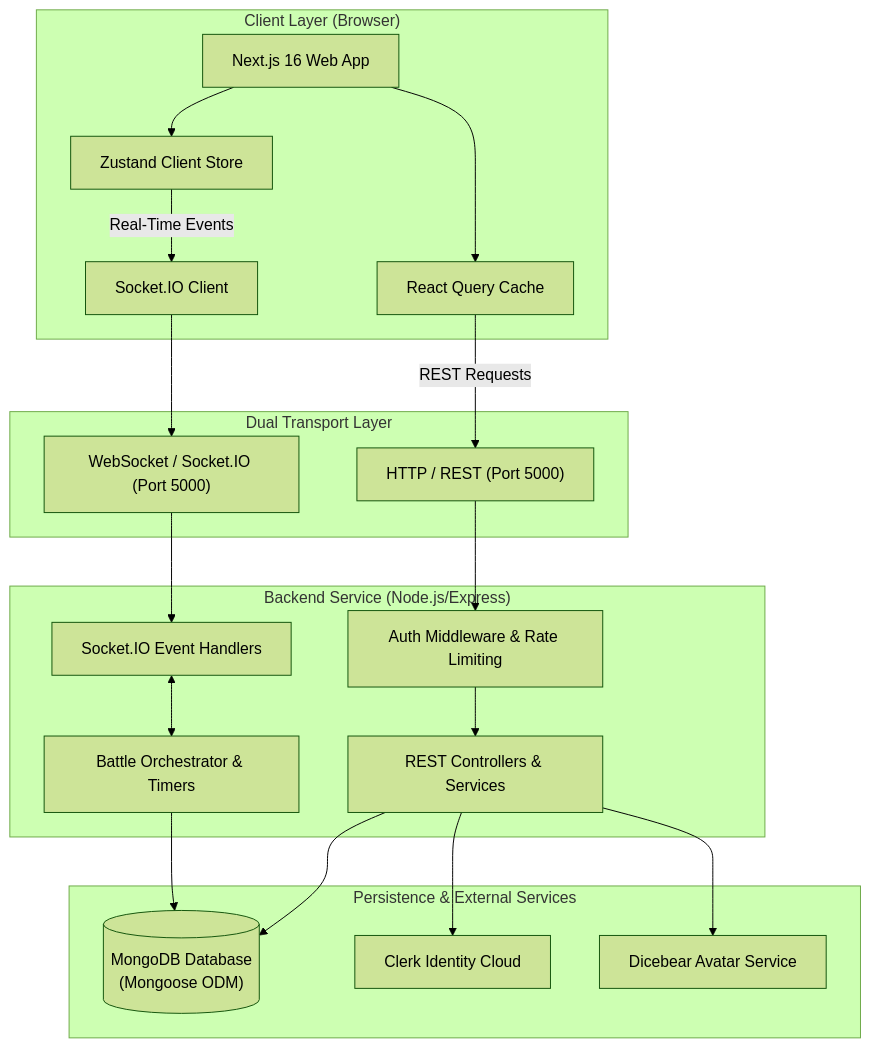
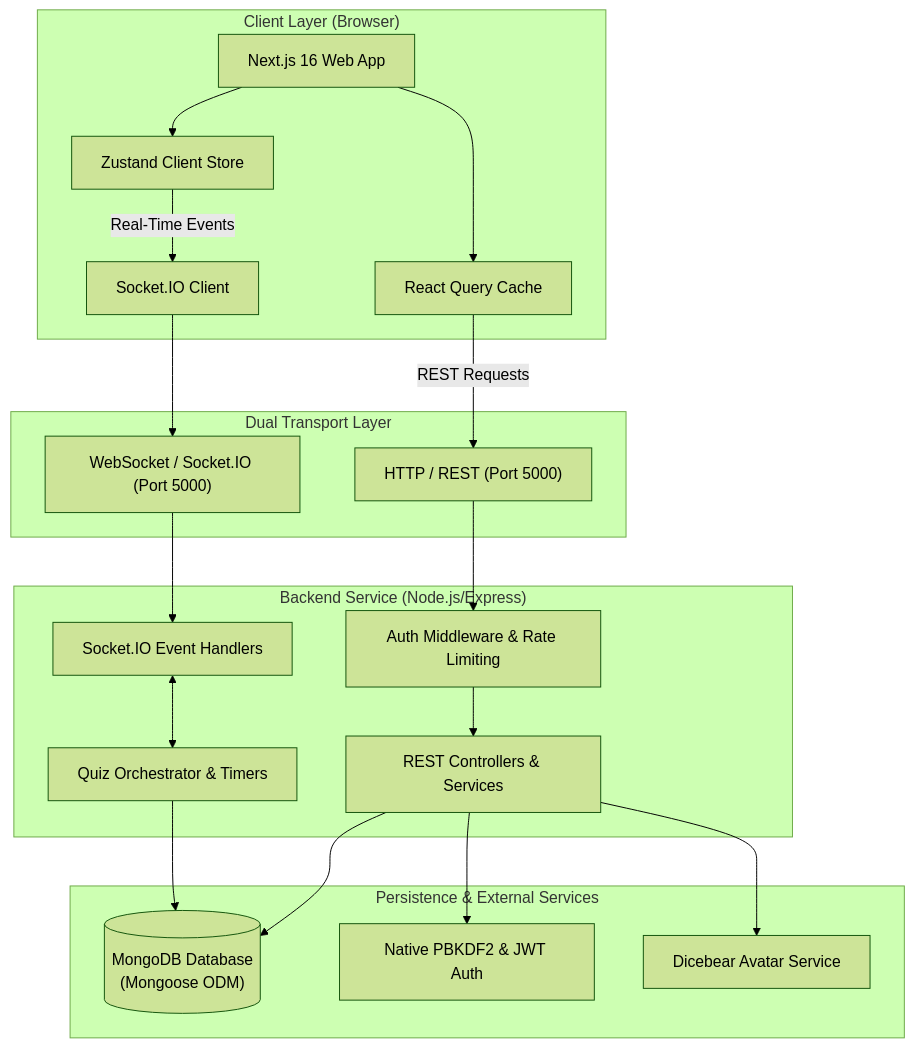
Before and after one commit to harshverma-25/CodeArena: the first of 2 diagrams in docs/02-system-architecture.md, drawn with Mermaid (forest theme). The commit also changed other lines of this file and 17 other files, not shown here.

Commit message:
docs: synchronize project documentation with current architecture

````diff
--- a/docs/02-system-architecture.md
+++ b/docs/02-system-architecture.md
@@ -7,42 +7,42 @@
 ```mermaid
 flowchart TB
     subgraph ClientLayer ["Client Layer (Browser)"]
         UI["Next.js 16 Web App"]
         Store["Zustand Client Store"]
         Query["React Query Cache"]
         SocketC["Socket.IO Client"]
     end
 
     subgraph TransportLayer ["Dual Transport Layer"]
         HTTP["HTTP / REST (Port 5000)"]
         WS["WebSocket / Socket.IO (Port 5000)"]
     end
 
     subgraph ServerLayer ["Backend Service (Node.js/Express)"]
         MW["Auth Middleware & Rate Limiting"]
         RestAPI["REST Controllers & Services"]
         SocketGateway["Socket.IO Event Handlers"]
-        Engine["Battle Orchestrator & Timers"]
+        Engine["Quiz Orchestrator & Timers"]
     end
 
     subgraph DataLayer ["Persistence & External Services"]
         Mongo[("MongoDB Database\n(Mongoose ODM)")]
-        Clerk["Clerk Identity Cloud"]
+        AuthService["Native PBKDF2 & JWT Auth"]
         Dicebear["Dicebear Avatar Service"]
     end
 
     UI --> Store
     UI --> Query
     Query -- "REST Requests" --> HTTP
     Store -- "Real-Time Events" --> SocketC
     SocketC --> WS
 
     HTTP --> MW --> RestAPI
     WS --> SocketGateway
     SocketGateway <--> Engine
 
     RestAPI --> Mongo
     Engine --> Mongo
-    RestAPI --> Clerk
+    RestAPI --> AuthService
     RestAPI --> Dicebear
 ```
````
